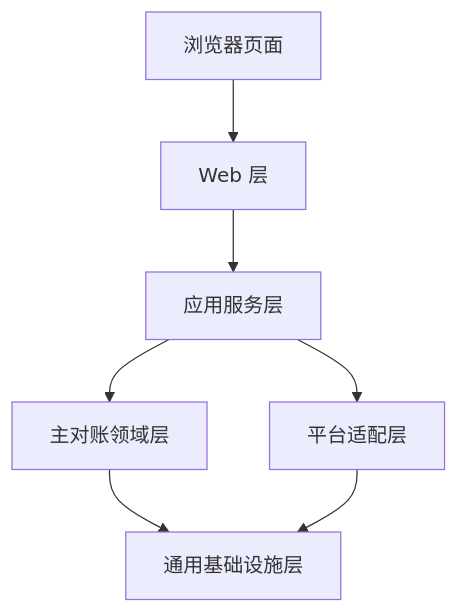
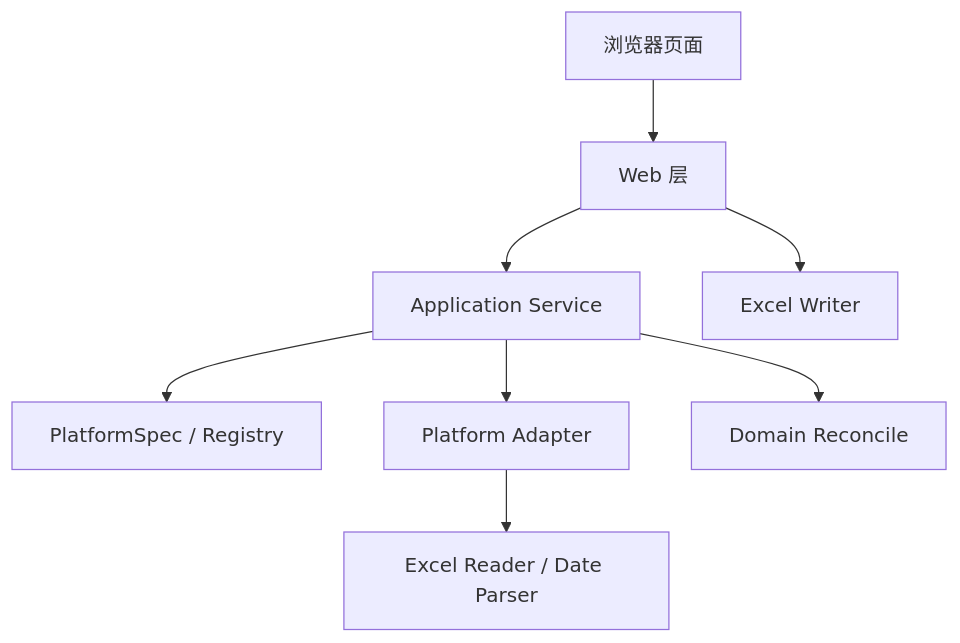
The diagram in docs/dev/项目设计文档.md (WenholmeHu/zzy-finance), drawn with Mermaid before and after one commit. The commit also changed other lines of this file and 42 other files, not shown here.

````diff
--- a/docs/dev/项目设计文档.md
+++ b/docs/dev/项目设计文档.md
@@ -252,9 +40,10 @@
 ```mermaid
 flowchart TD
     A["浏览器页面"] --> B["Web 层"]
-    B --> C["应用服务层"]
-    C --> D["主对账领域层"]
-    C --> E["平台适配层"]
-    D --> F["通用基础设施层"]
-    E --> F
+    B --> C["Application Service"]
+    C --> D["PlatformSpec / Registry"]
+    C --> E["Platform Adapter"]
+    C --> F["Domain Reconcile"]
+    B --> G["Excel Writer"]
+    E --> H["Excel Reader / Date Parser"]
 ```
````
